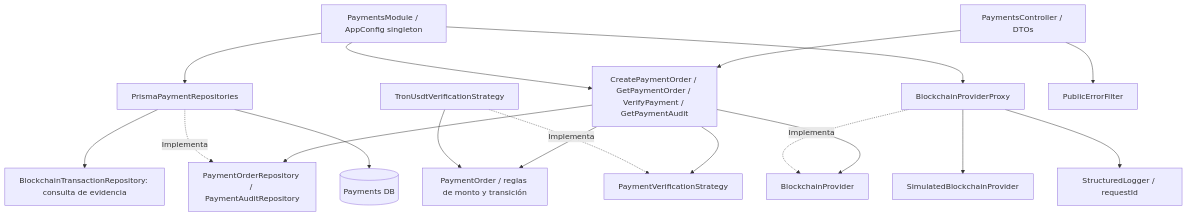
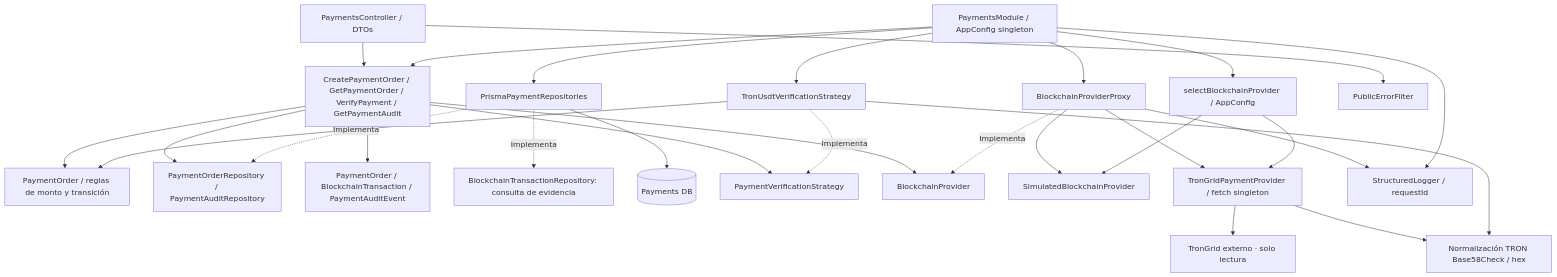
One commit to RS04a/ervanula changed the diagram in docs/c4-components.md. Above: the diagram before and after it, drawn with Mermaid. The commit also changed other lines of this file and 67 other files, not shown here.

````diff
--- a/docs/c4-components.md
+++ b/docs/c4-components.md
@@ -3,20 +7,30 @@
 ```mermaid
 flowchart TB
  HTTP["PaymentsController / DTOs"] --> UC["CreatePaymentOrder / GetPaymentOrder / VerifyPayment / GetPaymentAudit"]
  UC --> RULES["PaymentOrder / reglas de monto y transición"]
  UC --> RP["PaymentOrderRepository / PaymentAuditRepository"]
+ UC --> ENT["PaymentOrder / BlockchainTransaction / PaymentAuditEvent"]
  PR["PrismaPaymentRepositories"] -.->|Implementa| RP
- PR --> TX["BlockchainTransactionRepository: consulta de evidencia"]
+ PR -.->|Implementa| TX["BlockchainTransactionRepository: consulta de evidencia"]
  PR --> DB[("Payments DB")]
  UC --> SP["PaymentVerificationStrategy"]
  S["TronUsdtVerificationStrategy"] -.->|Implementa| SP
  S --> RULES
  UC --> BP["BlockchainProvider"]
  PX["BlockchainProviderProxy"] -.->|Implementa| BP
  PX --> SIM["SimulatedBlockchainProvider"]
+ PX --> TG["TronGridPaymentProvider / fetch singleton"]
+ TG --> EXT["TronGrid externo · solo lectura"]
+ TG --> ADR["Normalización TRON Base58Check / hex"]
+ S --> ADR
+ DI --> FAC["selectBlockchainProvider / AppConfig"]
+ FAC --> SIM
+ FAC --> TG
  PX --> LOG["StructuredLogger / requestId"]
  HTTP --> ERR["PublicErrorFilter"]
  DI["PaymentsModule / AppConfig singleton"] --> UC
  DI --> PR
  DI --> PX
+ DI --> S
+ DI --> LOG
 ```
````
